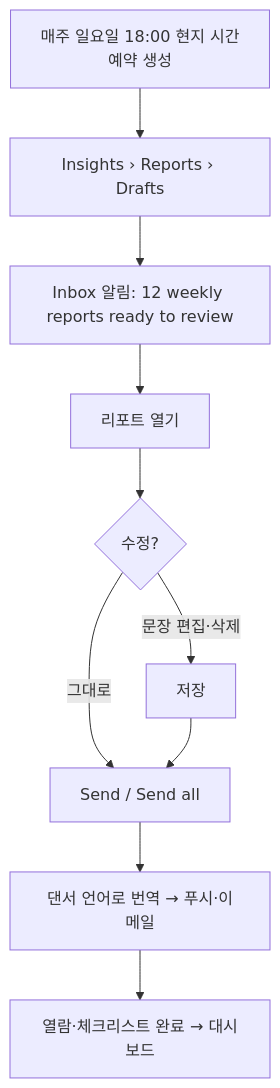
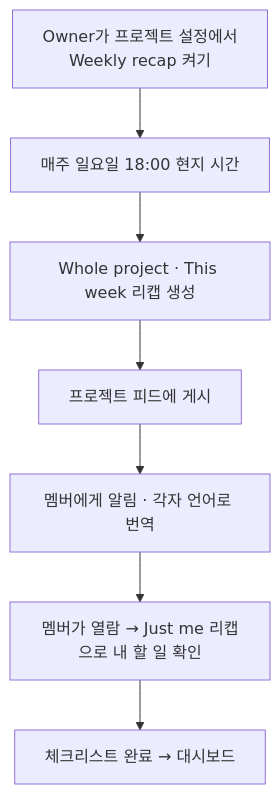
The seventh of 10 diagrams in docs/04-user-flows.md (hope13710/dancerly), drawn with Mermaid before and after one commit. The commit also changed other lines of this file and 13 other files, not shown here.

````diff
--- a/docs/04-user-flows.md
+++ b/docs/04-user-flows.md
@@ -164,12 +164,9 @@
 ```mermaid
 flowchart TD
-  A[매주 일요일 18:00 현지 시간<br/>예약 생성] --> B[Insights › Reports › Drafts]
-  B --> C[Inbox 알림: 12 weekly reports ready to review]
-  C --> D[리포트 열기]
-  D --> E{수정?}
-  E -->|문장 편집·삭제| F[저장]
-  E -->|그대로| G
-  F --> G[Send / Send all]
-  G --> H[댄서 언어로 번역 → 푸시·이메일]
-  H --> I[열람·체크리스트 완료 → 대시보드]
+  A[Owner가 프로젝트 설정에서<br/>Weekly recap 켜기] --> B[매주 일요일 18:00 현지 시간]
+  B --> C[Whole project · This week 리캡 생성]
+  C --> D[프로젝트 피드에 게시]
+  D --> E[멤버에게 알림 · 각자 언어로 번역]
+  E --> F[멤버가 열람 → Just me 리캡으로 내 할 일 확인]
+  F --> G[체크리스트 완료 → 대시보드]
 ```
````
